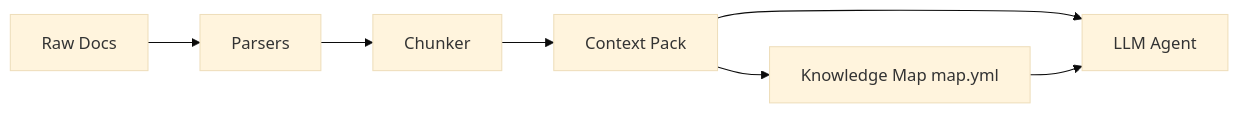
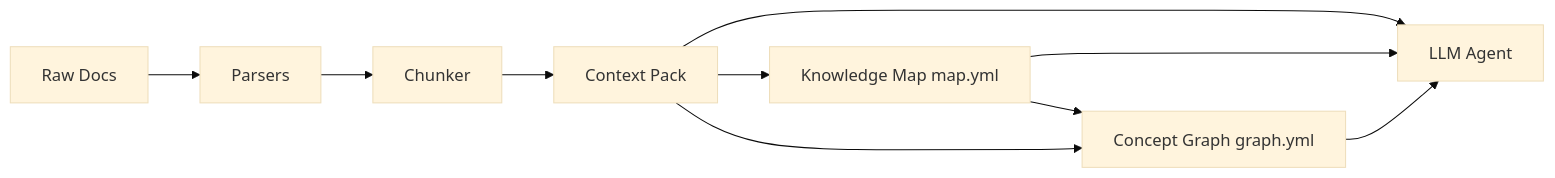
The second of 2 diagrams in README.md (Vedant1202/agentpack), drawn with Mermaid (base theme) before and after one commit. The commit also changed other lines of this file and 59 other files, not shown here.

First line of the commit message:
Release v0.5.0 — Corpus Concept Graph, Explorer Concepts view (#11)

````diff
--- a/README.md
+++ b/README.md
@@ -160,9 +209,12 @@
 ```mermaid
 flowchart LR
     Docs[Raw Docs] --> Parsers[Parsers]
     Parsers --> Chunker[Chunker]
     Chunker --> Pack[Context Pack]
     Pack --> Map[Knowledge Map map.yml]
+    Map --> Graph[Concept Graph graph.yml]
+    Pack --> Graph
     Pack --> Agent[LLM Agent]
     Map --> Agent
+    Graph --> Agent
 ```
````
